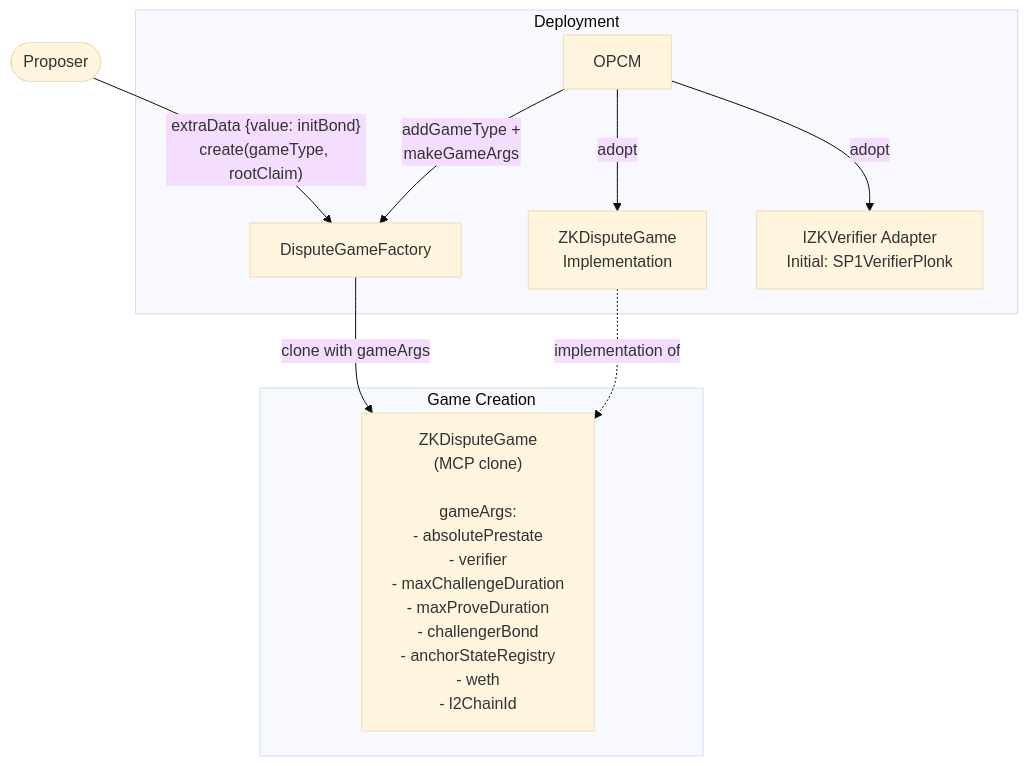
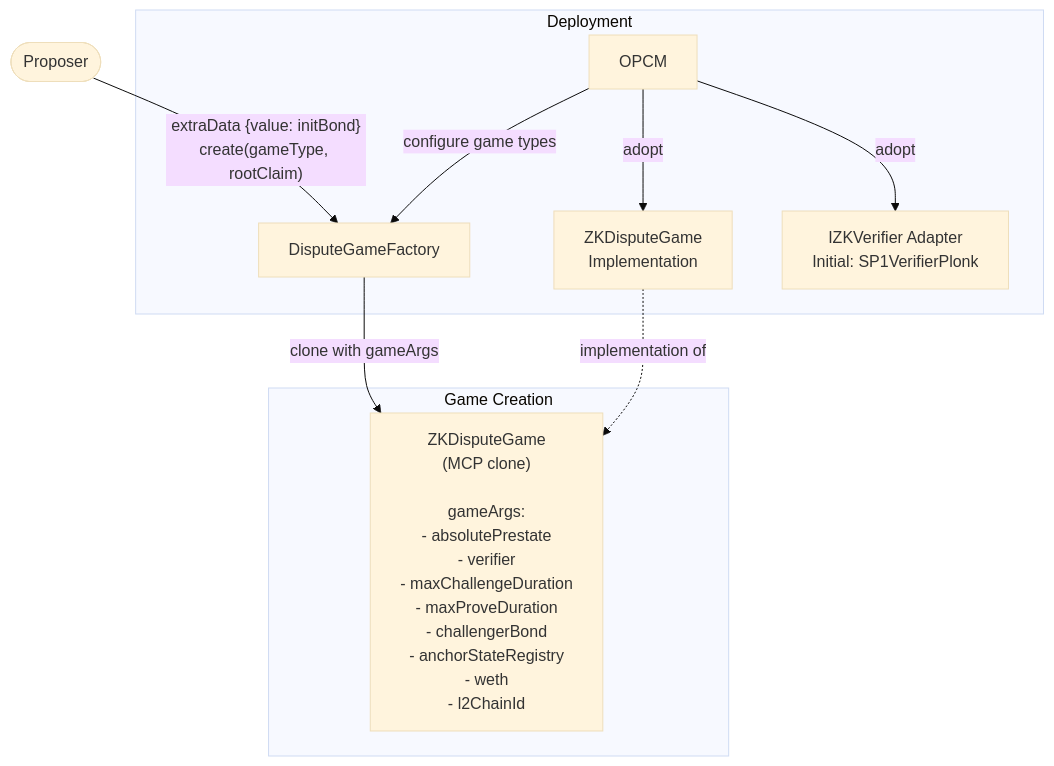
Before and after one commit to ethereum-optimism/design-docs: the first of 4 diagrams in protocol/zk-dispute-game.md, drawn with Mermaid (base theme).

Commit message:
docs: fix mermaid

````diff
--- a/protocol/zk-dispute-game.md
+++ b/protocol/zk-dispute-game.md
@@ -56,23 +56,23 @@
 ```mermaid
 graph TB
     subgraph Deployment
         OPCM[OPCM]
         ZKImpl[ZKDisputeGame<br/>Implementation]
         DGF[DisputeGameFactory]
         Verifier[IZKVerifier Adapter<br/>Initial: SP1VerifierPlonk]
         
         OPCM -->|adopt| ZKImpl
-        OPCM -->|"addGameType +<br/>makeGameArgs"| DGF
+        OPCM -->|"configure game types"| DGF
         OPCM -->|adopt| Verifier
     end
     
     subgraph Game Creation
         ZKClone["ZKDisputeGame<br/> (MCP clone)<br/><br/>gameArgs:<br/>- absolutePrestate<br/>- verifier<br/>- maxChallengeDuration<br/>- maxProveDuration<br/>- challengerBond<br/>- anchorStateRegistry<br/>- weth<br/>- l2ChainId"]
         
         ZKImpl -.->|implementation of| ZKClone
         DGF -->|clone with gameArgs| ZKClone
     end
     
     Proposer([Proposer])
     Proposer -->|"extraData {value: initBond}<br/>create(gameType, rootClaim)"| DGF
 ```
````
